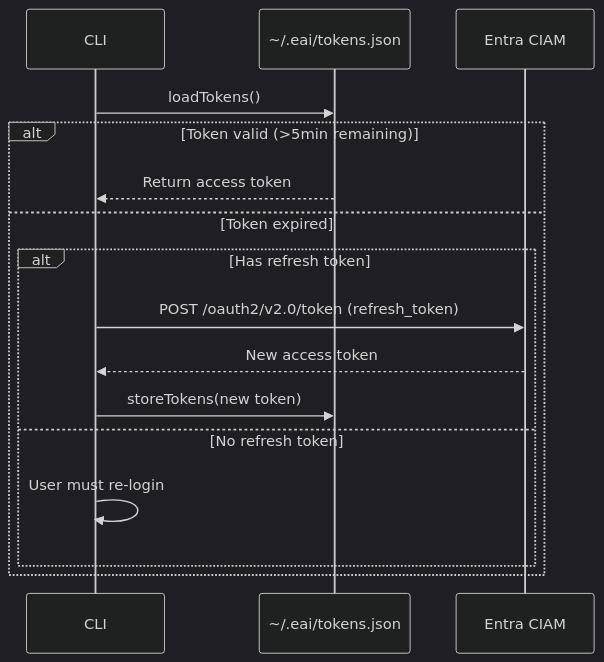
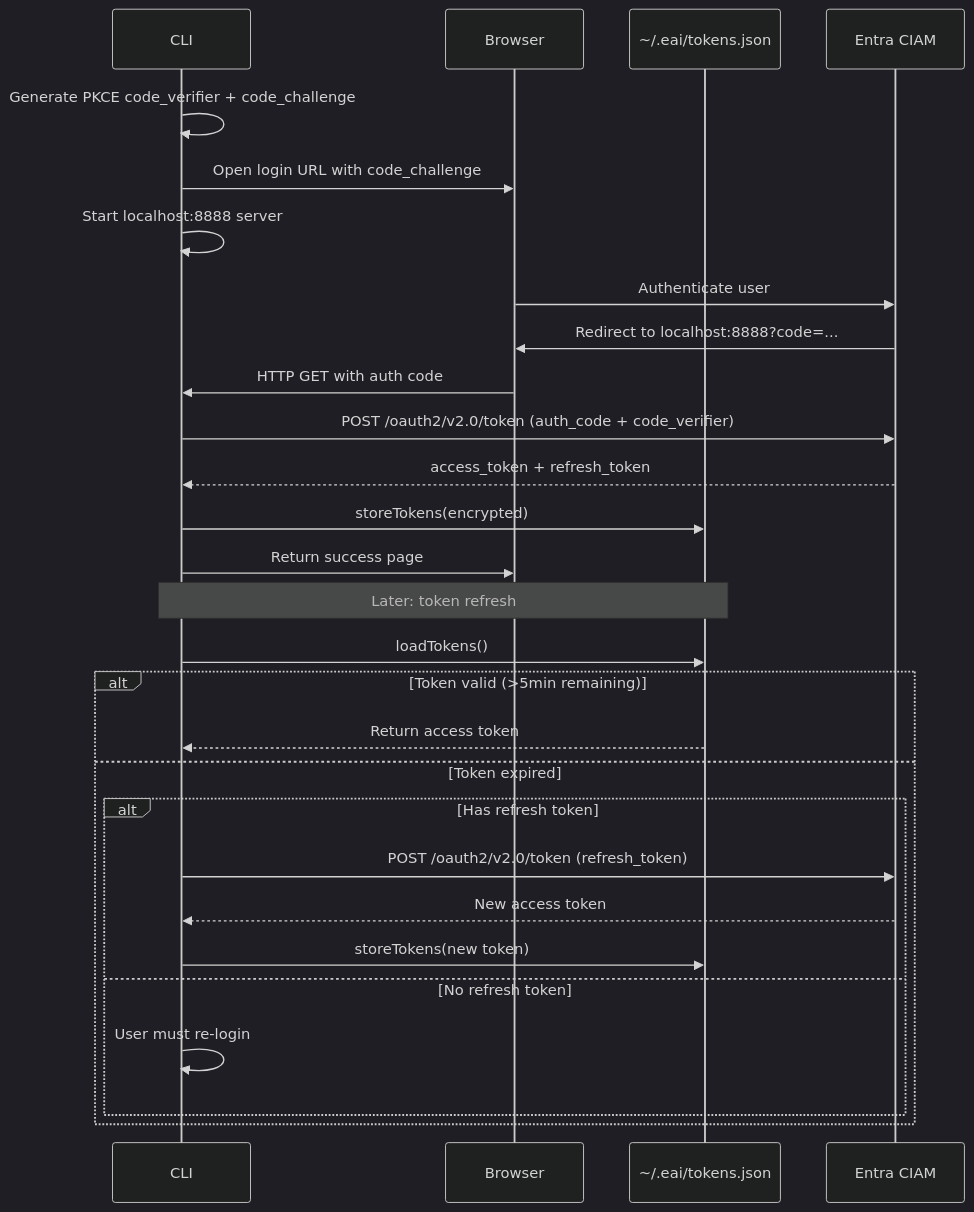
The second of 5 diagrams in .tech-docs/architecture.md (eai-support/eai), drawn with Mermaid (dark theme) before and after one commit. The commit also changed other lines of this file and 9 other files, not shown here.

````diff
--- a/.tech-docs/architecture.md
+++ b/.tech-docs/architecture.md
@@ -83,19 +92,33 @@
 ```mermaid
 sequenceDiagram
     participant CLI
+    participant Browser
     participant Cache as ~/.eai/tokens.json
     participant EntraAuth as Entra CIAM
+
+    CLI->>CLI: Generate PKCE code_verifier + code_challenge
+    CLI->>Browser: Open login URL with code_challenge
+    CLI->>CLI: Start localhost:8888 server
+    Browser->>EntraAuth: Authenticate user
+    EntraAuth->>Browser: Redirect to localhost:8888?code=...
+    Browser->>CLI: HTTP GET with auth code
+    CLI->>EntraAuth: POST /oauth2/v2.0/token (auth_code + code_verifier)
+    EntraAuth-->>CLI: access_token + refresh_token
+    CLI->>Cache: storeTokens(encrypted)
+    CLI->>Browser: Return success page
+
+    Note over CLI,Cache: Later: token refresh
 
     CLI->>Cache: loadTokens()
     alt Token valid (>5min remaining)
         Cache-->>CLI: Return access token
     else Token expired
         alt Has refresh token
             CLI->>EntraAuth: POST /oauth2/v2.0/token (refresh_token)
             EntraAuth-->>CLI: New access token
             CLI->>Cache: storeTokens(new token)
         else No refresh token
             CLI->>CLI: User must re-login
         end
     end
 ```
````
